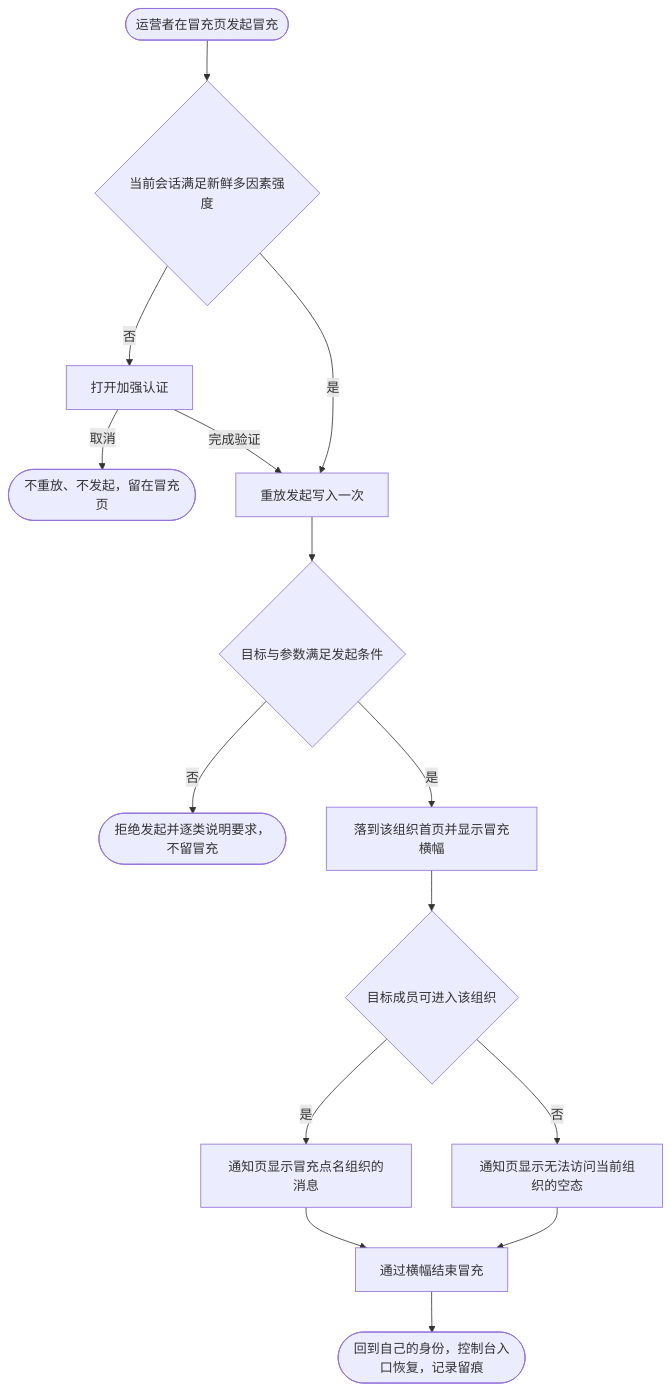
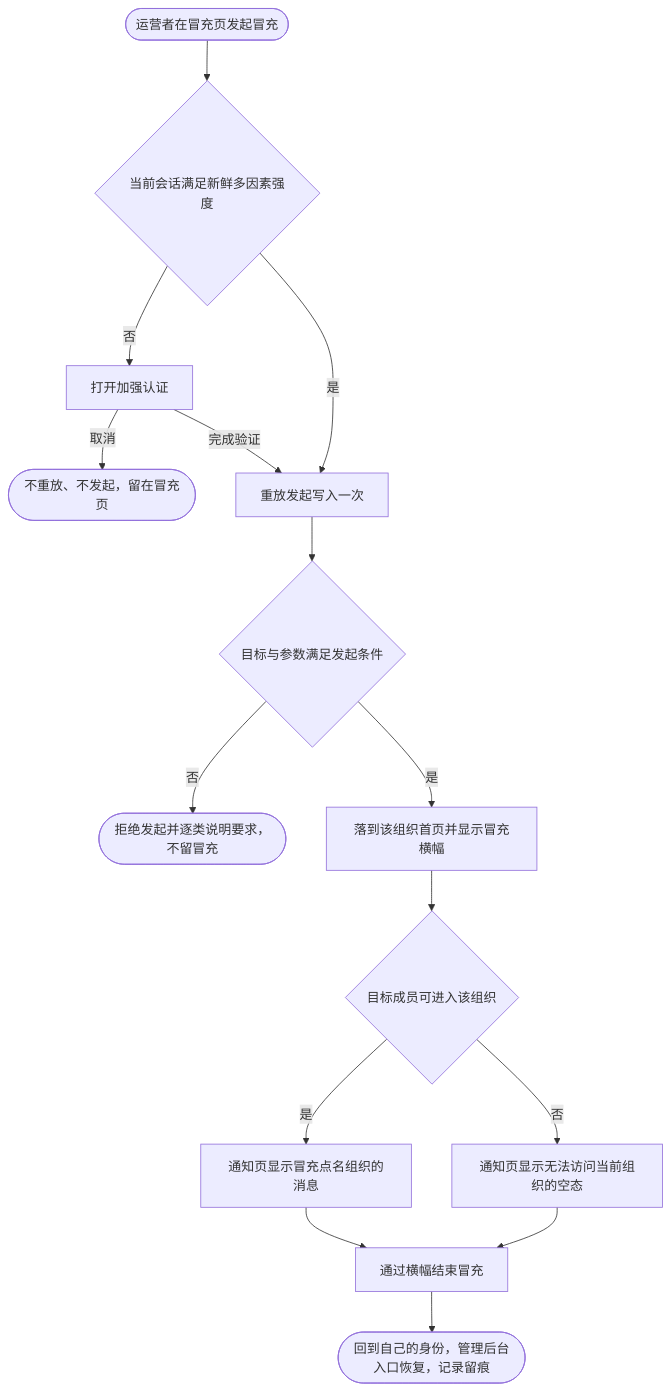
Before and after one commit to wangzw/speed: the diagram in docs/prd/journeys/journey-impersonation-for-support.md, drawn with Mermaid. The commit also changed other lines of this file and 43 other files, not shown here.

````diff
--- a/docs/prd/journeys/journey-impersonation-for-support.md
+++ b/docs/prd/journeys/journey-impersonation-for-support.md
@@ -37,17 +37,17 @@
 ```mermaid
 flowchart TD
     start([运营者在冒充页发起冒充]) --> step{当前会话满足新鲜多因素强度}
     step -->|否| dialog[打开加强认证]
     dialog -->|取消| stop1([不重放、不发起，留在冒充页])
     dialog -->|完成验证| replay[重放发起写入一次]
     step -->|是| replay
     replay --> valid{目标与参数满足发起条件}
     valid -->|否| stop2([拒绝发起并逐类说明要求，不留冒充])
     valid -->|是| land[落到该组织首页并显示冒充横幅]
     land --> access{目标成员可进入该组织}
     access -->|是| list[通知页显示冒充点名组织的消息]
     access -->|否| noperm[通知页显示无法访问当前组织的空态]
     list --> end1[通过横幅结束冒充]
     noperm --> end1
-    end1 --> done([回到自己的身份，控制台入口恢复，记录留痕])
+    end1 --> done([回到自己的身份，管理后台入口恢复，记录留痕])
 ```
````
